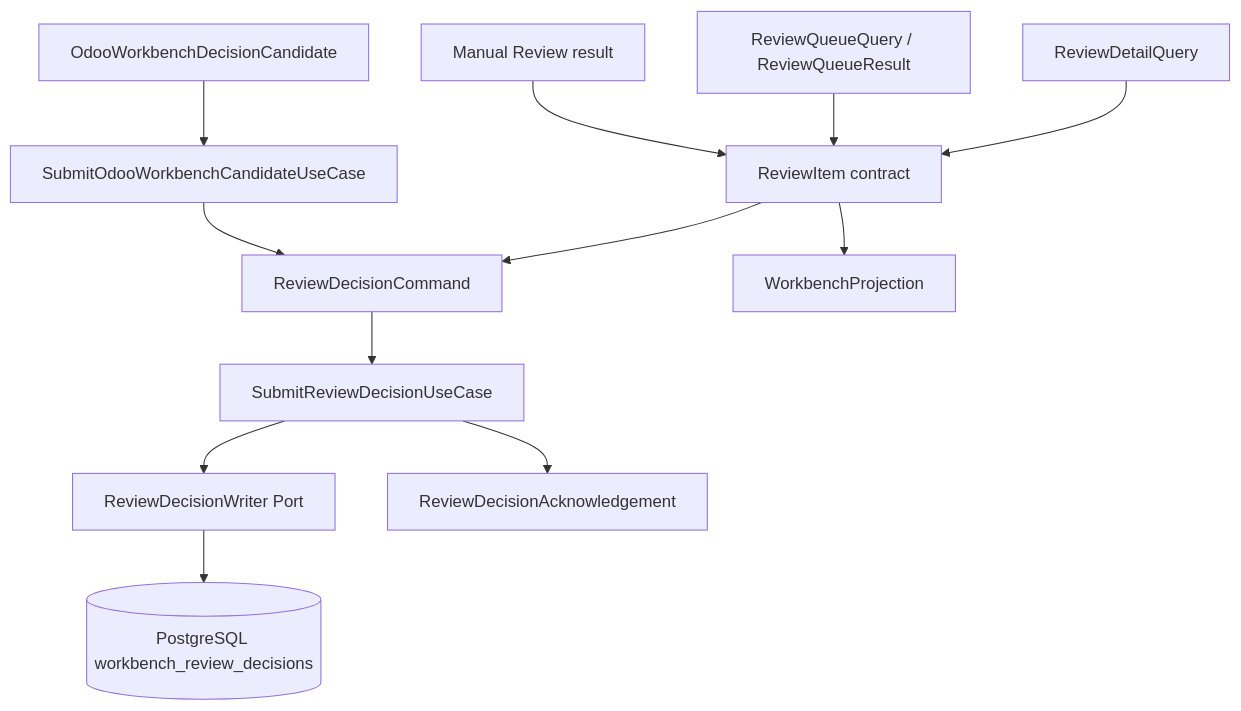
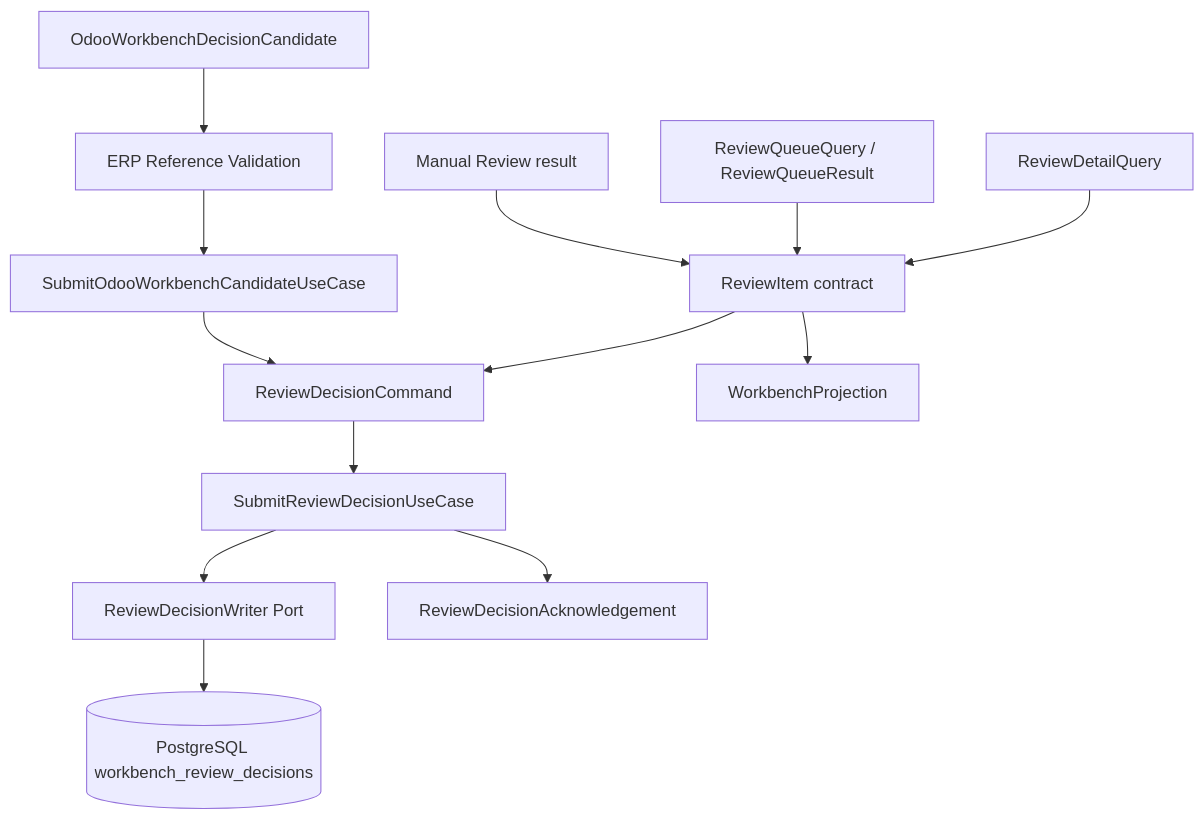
Before and after one commit to odurmazoglu/ict-integration-hub: the third of 5 diagrams in docs/WORKFLOWS.md, drawn with Mermaid. The commit also changed other lines of this file and 17 other files, not shown here.

Commit message:
feat: validate Odoo workbench ERP references

````diff
--- a/docs/WORKFLOWS.md
+++ b/docs/WORKFLOWS.md
@@ -90,27 +90,29 @@
 ```mermaid
 flowchart TB
     ReviewRequired[Manual Review result]
     ReviewItem[ReviewItem contract]
     Queue[ReviewQueueQuery / ReviewQueueResult]
     Detail[ReviewDetailQuery]
     Decision[ReviewDecisionCommand]
     Projection[WorkbenchProjection]
     Candidate[OdooWorkbenchDecisionCandidate]
+    Validation[ERP Reference Validation]
     OdooSubmit[SubmitOdooWorkbenchCandidateUseCase]
     Submit[SubmitReviewDecisionUseCase]
     Writer[ReviewDecisionWriter Port]
     Store[(PostgreSQL workbench_review_decisions)]
     Ack[ReviewDecisionAcknowledgement]
 
     ReviewRequired --> ReviewItem
     ReviewItem --> Projection
     Queue --> ReviewItem
     Detail --> ReviewItem
-    Candidate --> OdooSubmit
+    Candidate --> Validation
+    Validation --> OdooSubmit
     OdooSubmit --> Decision
     ReviewItem --> Decision
     Decision --> Submit
     Submit --> Writer
     Writer --> Store
     Submit --> Ack
 ```
````
